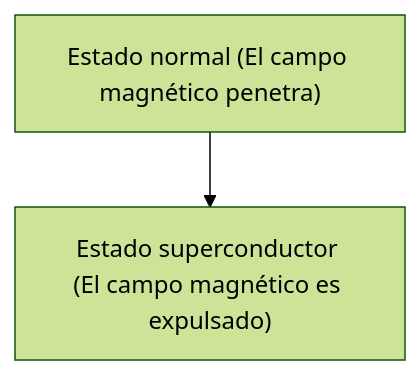
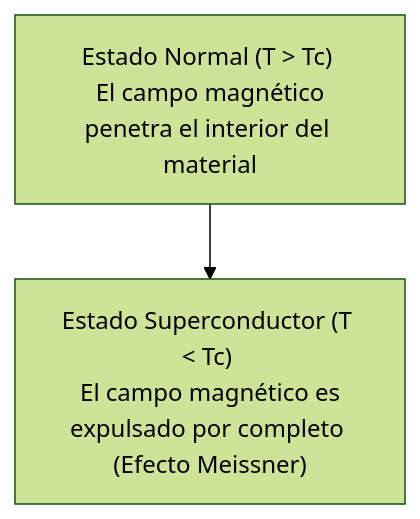
The diagram in content/post/physics-superconductivity/index.es.md (kenjinote/blog), drawn with Mermaid (forest theme) before and after one commit. The commit also changed other lines of this file and 219 other files, not shown here.

````diff
--- a/content/post/physics-superconductivity/index.es.md
+++ b/content/post/physics-superconductivity/index.es.md
@@ -17,4 +32,4 @@
 ```mermaid
 flowchart TD
-    A["Estado normal (El campo magnético penetra)"] --> B["Estado superconductor (El campo magnético es expulsado)"]
+    A["Estado Normal (T > Tc) \n El campo magnético penetra el interior del material"] --> B["Estado Superconductor (T < Tc) \n El campo magnético es expulsado por completo (Efecto Meissner)"]
 ```
````
